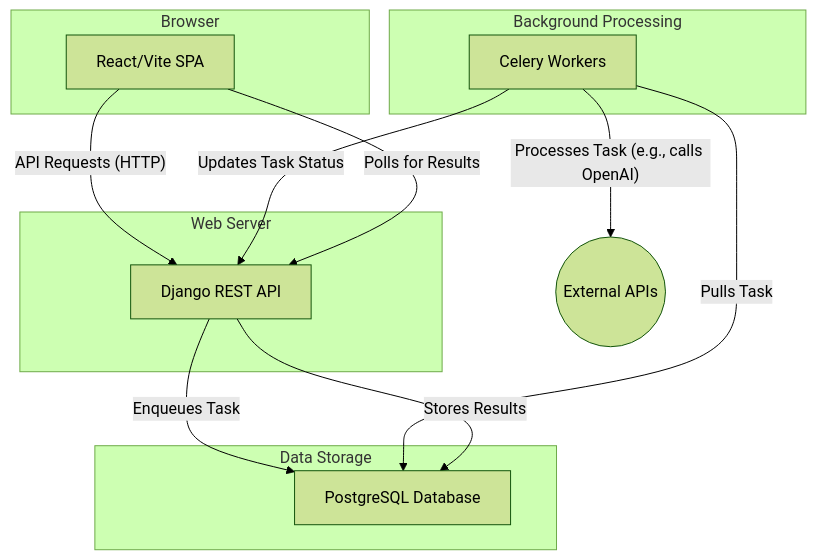
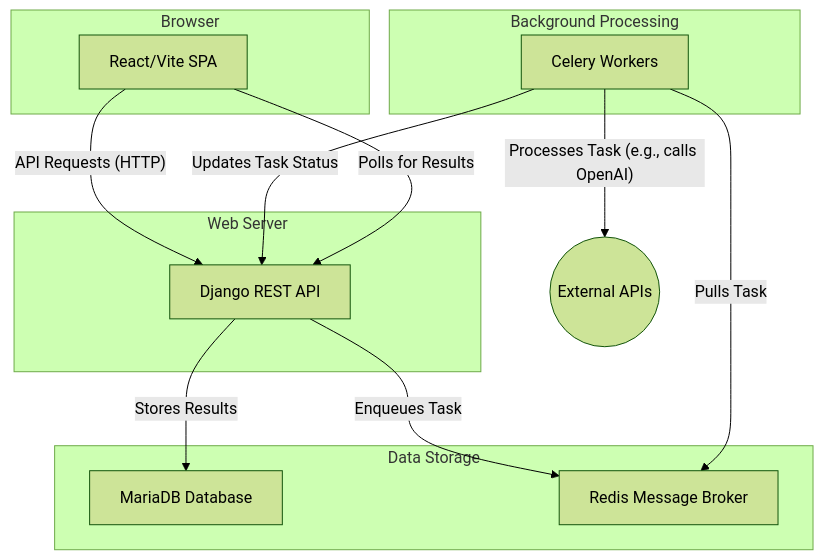
One commit to rosslh/EditEngine changed the first of 4 diagrams in ARCHITECTURE.md. Above: the diagram before and after it, drawn with Mermaid (forest theme). The commit also changed other lines of this file and 38 other files, not shown here.

Commit message:
Improve Celery configuration, use MariaDB, and deploy to Toolforge

````diff
--- a/ARCHITECTURE.md
+++ b/ARCHITECTURE.md
@@ -21,26 +21,27 @@
 ```mermaid
 graph TD
     subgraph "Browser"
         Frontend[React/Vite SPA]
     end
 
     subgraph "Web Server"
         Django[Django REST API]
     end
 
     subgraph "Background Processing"
         Celery[Celery Workers]
     end
 
     subgraph "Data Storage"
-        Postgres[PostgreSQL Database]
+        MariaDB[MariaDB Database]
+        Redis[Redis Message Broker]
     end
 
     Frontend -- "API Requests (HTTP)" --> Django
-    Django -- "Enqueues Task" --> Postgres
-    Celery -- "Pulls Task" --> Postgres
+    Django -- "Enqueues Task" --> Redis
+    Celery -- "Pulls Task" --> Redis
     Celery -- "Processes Task (e.g., calls OpenAI)" --> ExternalAPIs((External APIs))
     Celery -- "Updates Task Status" --> Django
-    Django -- "Stores Results" --> Postgres
+    Django -- "Stores Results" --> MariaDB
     Frontend -- "Polls for Results" --> Django
 ```
````
